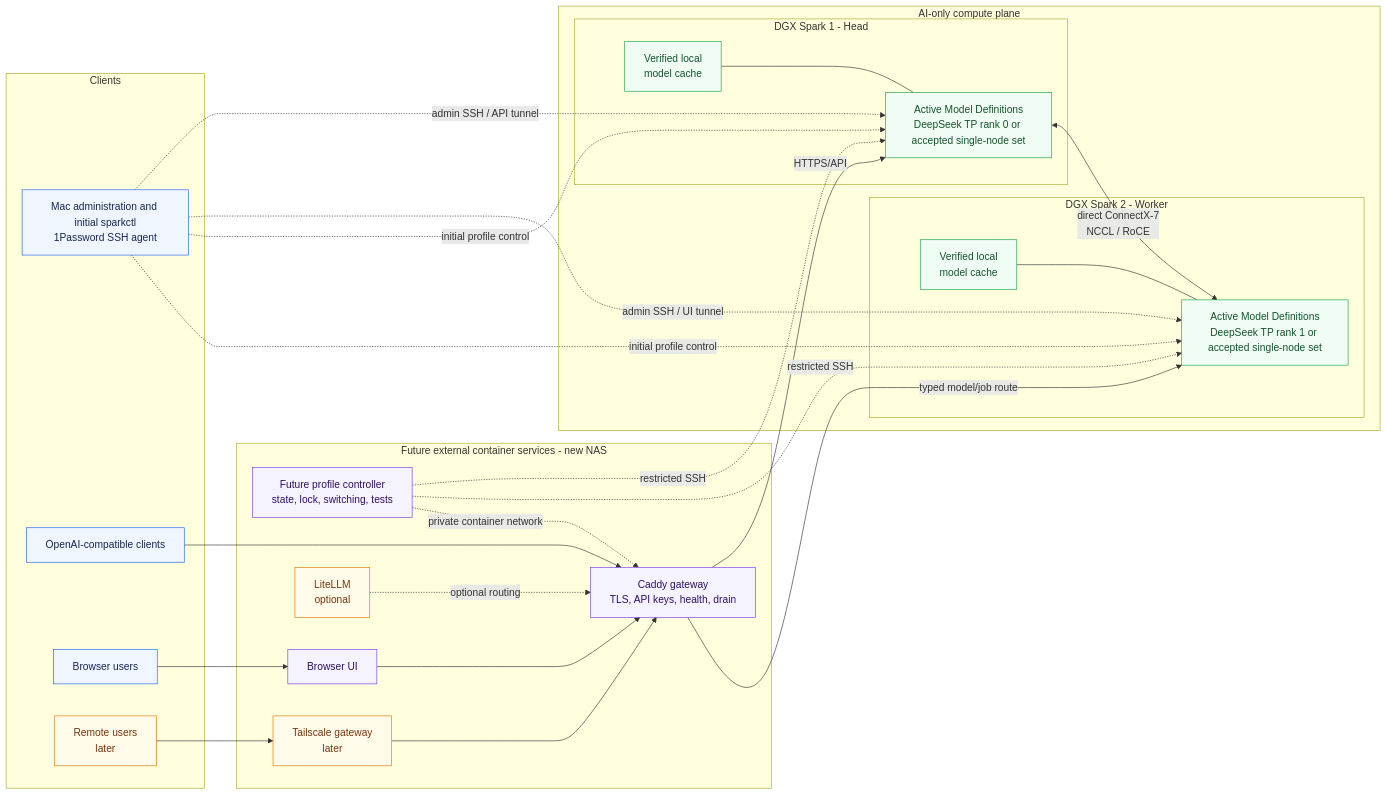
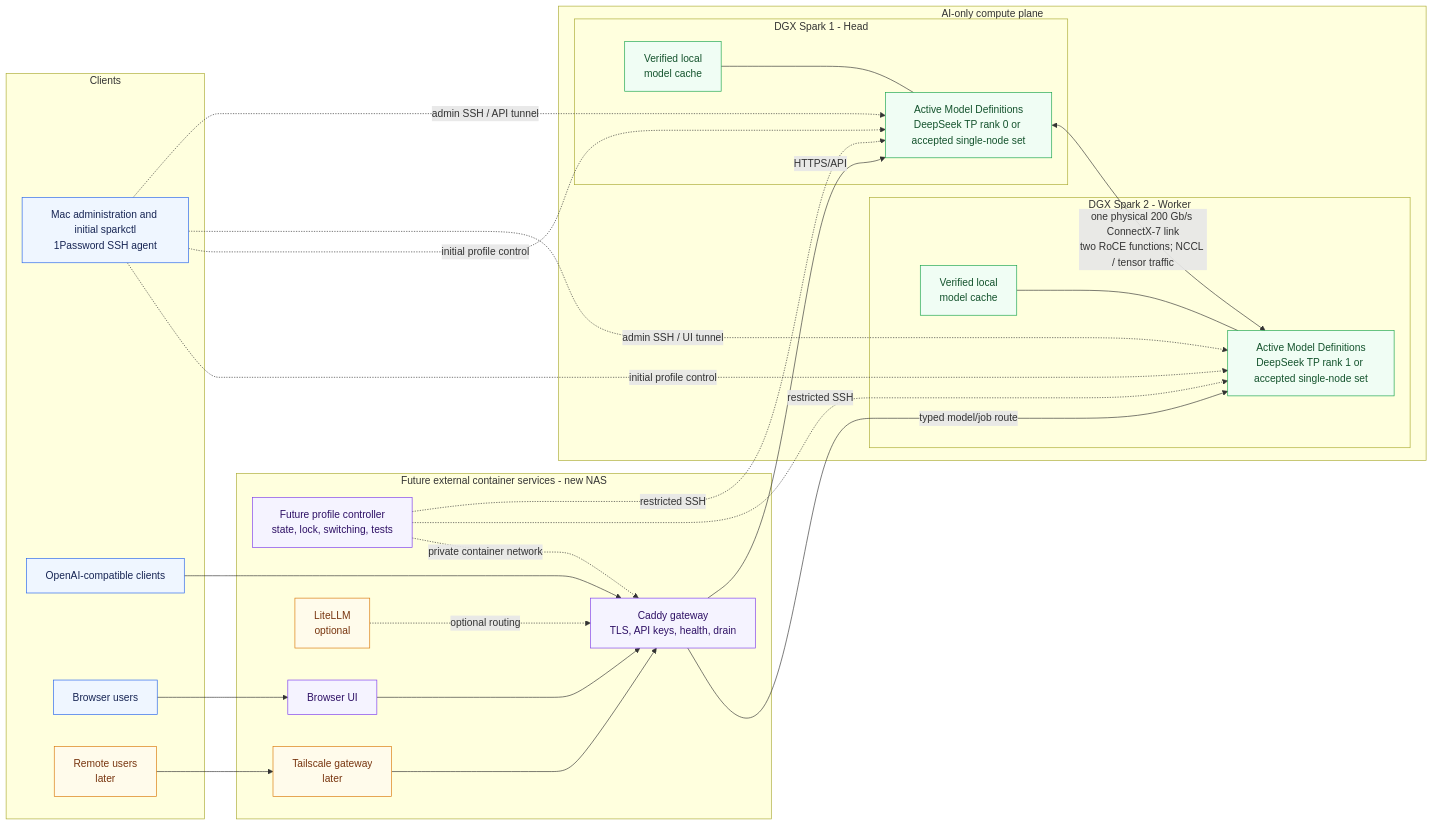
The first of 2 diagrams in docs/architecture-overview.md (CarstVaartjes/DGX-Forge), drawn with Mermaid before and after one commit. The commit also changed other lines of this file and 11 other files, not shown here.

````diff
--- a/docs/architecture-overview.md
+++ b/docs/architecture-overview.md
@@ -10,57 +10,57 @@
 ```mermaid
 flowchart LR
     subgraph clients[Clients]
         mac[Mac administration and initial sparkctl<br/>1Password SSH agent]
         api[OpenAI-compatible clients]
         browser[Browser users]
         remote[Remote users<br/>later]
     end
 
     subgraph external[Future external container services - new NAS]
         caddy[Caddy gateway<br/>TLS, API keys, health, drain]
         controller[Future profile controller<br/>state, lock, switching, tests]
         ui[Browser UI]
         litellm[LiteLLM<br/>optional]
         tailscale[Tailscale gateway<br/>later]
     end
 
     subgraph compute[AI-only compute plane]
         subgraph spark1[DGX Spark 1 - Head]
             head[Active Model Definitions<br/>DeepSeek TP rank 0 or accepted single-node set]
             cache1[Verified local<br/>model cache]
         end
         subgraph spark2[DGX Spark 2 - Worker]
             worker[Active Model Definitions<br/>DeepSeek TP rank 1 or accepted single-node set]
             cache2[Verified local<br/>model cache]
         end
     end
 
     remote --> tailscale
     tailscale --> caddy
     api --> caddy
     browser --> ui
     ui --> caddy
     litellm -. optional routing .-> caddy
     caddy -->|HTTPS/API| head
     caddy -->|typed model/job route| worker
     mac -. admin SSH / API tunnel .-> head
     mac -. admin SSH / UI tunnel .-> worker
     mac -. initial profile control .-> head
     mac -. initial profile control .-> worker
     controller -. restricted SSH .-> head
     controller -. restricted SSH .-> worker
     controller -. private container network .-> caddy
-    head <-->|direct ConnectX-7<br/>NCCL / RoCE| worker
+    head <-->|one physical 200 Gb/s ConnectX-7 link<br/>two RoCE functions; NCCL / tensor traffic| worker
     cache1 --- head
     cache2 --- worker
 
     classDef client fill:#eff6ff,stroke:#2563eb,color:#172554;
     classDef control fill:#f5f3ff,stroke:#7c3aed,color:#2e1065;
     classDef ai fill:#f0fdf4,stroke:#16a34a,color:#14532d;
     classDef future fill:#fffbeb,stroke:#d97706,color:#78350f;
     class mac,api,browser client;
     class remote future;
     class caddy,controller,ui control;
     class litellm,tailscale future;
     class head,worker,cache1,cache2 ai;
 ```
````
